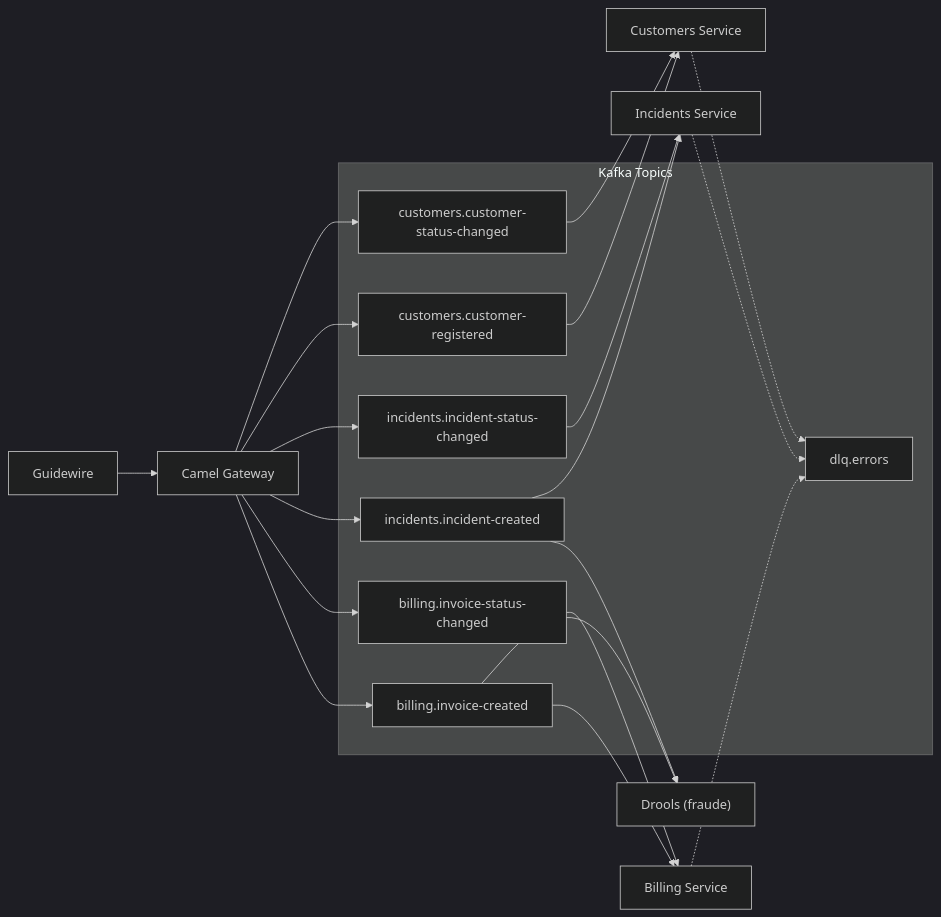
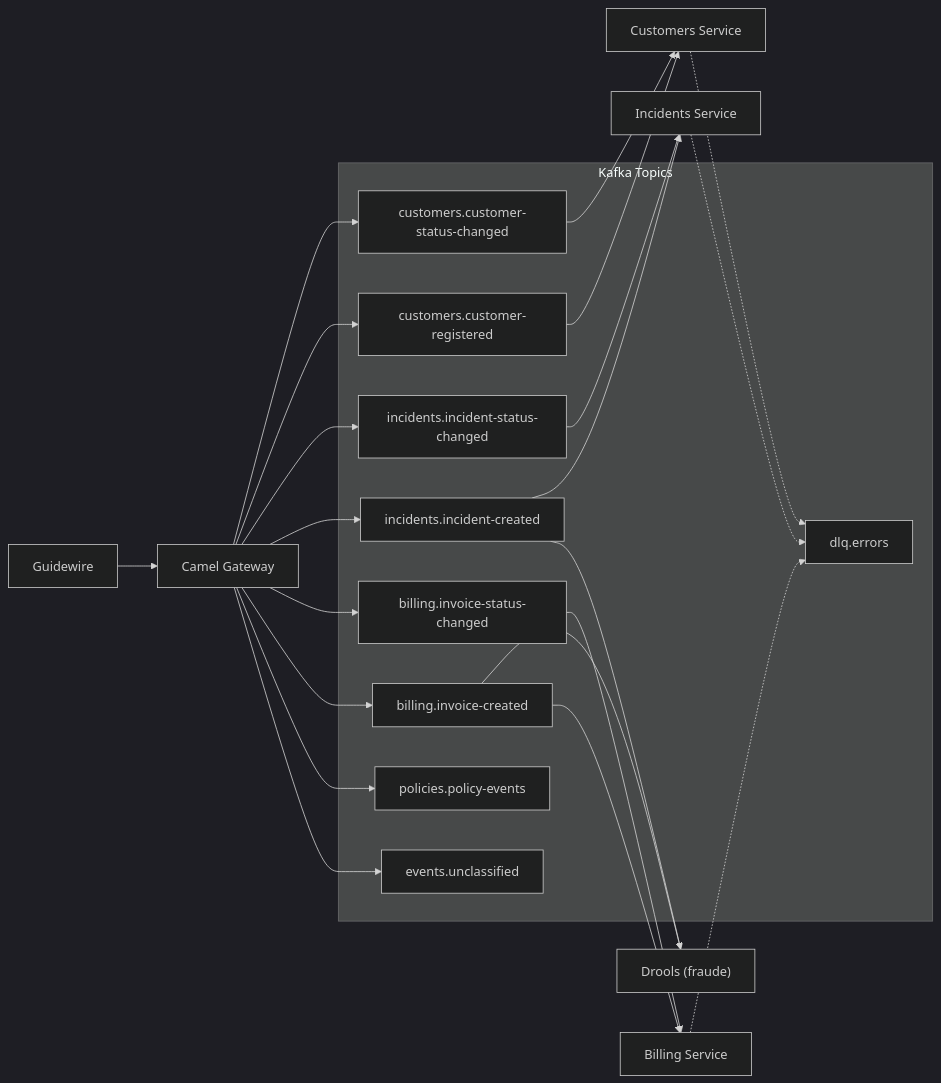
Before and after one commit to monghithub/guidewire: the diagram in openspecs/docs/infra/kafka/README.md, drawn with Mermaid (dark theme). The commit also changed other lines of this file and 5 other files, not shown here.

````diff
--- a/openspecs/docs/infra/kafka/README.md
+++ b/openspecs/docs/infra/kafka/README.md
@@ -39,37 +41,41 @@
 ```mermaid
 graph LR
     GW["Guidewire"]
     CAMEL["Camel Gateway"]
     GW --> CAMEL
 
     subgraph Kafka Topics
         BIC["billing.invoice-created"]
         BIS["billing.invoice-status-changed"]
         IIC["incidents.incident-created"]
         IIS["incidents.incident-status-changed"]
         CCR["customers.customer-registered"]
         CCS["customers.customer-status-changed"]
+        PPE["policies.policy-events"]
+        EUC["events.unclassified"]
         DLQ["dlq.errors"]
     end
 
+    CAMEL --> PPE
+    CAMEL --> EUC
     CAMEL --> BIC
     CAMEL --> BIS
     CAMEL --> IIC
     CAMEL --> IIS
     CAMEL --> CCR
     CAMEL --> CCS
 
     BIC --> BILLING["Billing Service"]
     BIS --> BILLING
     IIC --> INCIDENTS["Incidents Service"]
     IIS --> INCIDENTS
     CCR --> CUSTOMERS["Customers Service"]
     CCS --> CUSTOMERS
 
     BIC --> DROOLS["Drools (fraude)"]
     IIC --> DROOLS
 
     BILLING -.-> DLQ
     INCIDENTS -.-> DLQ
     CUSTOMERS -.-> DLQ
 ```
````
